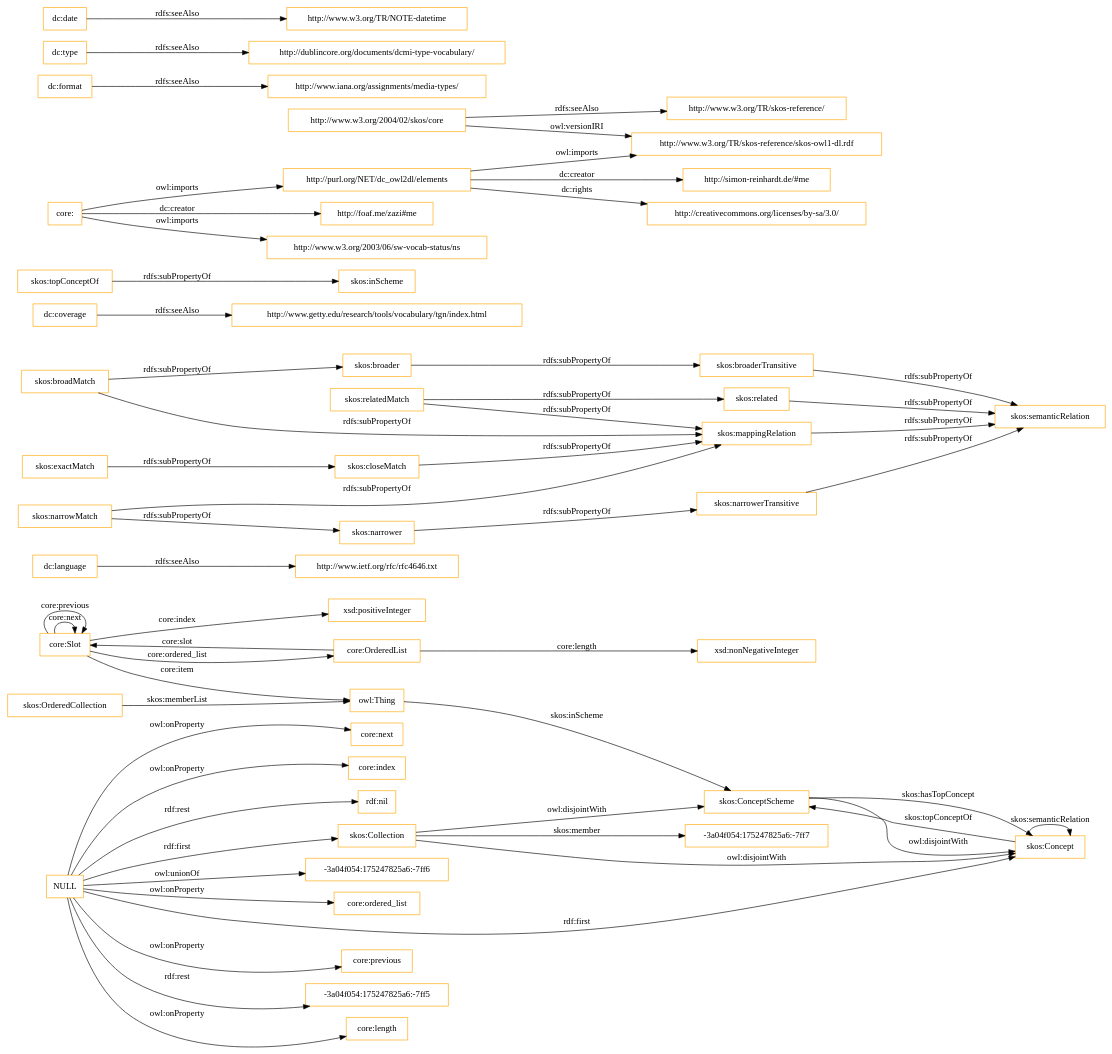
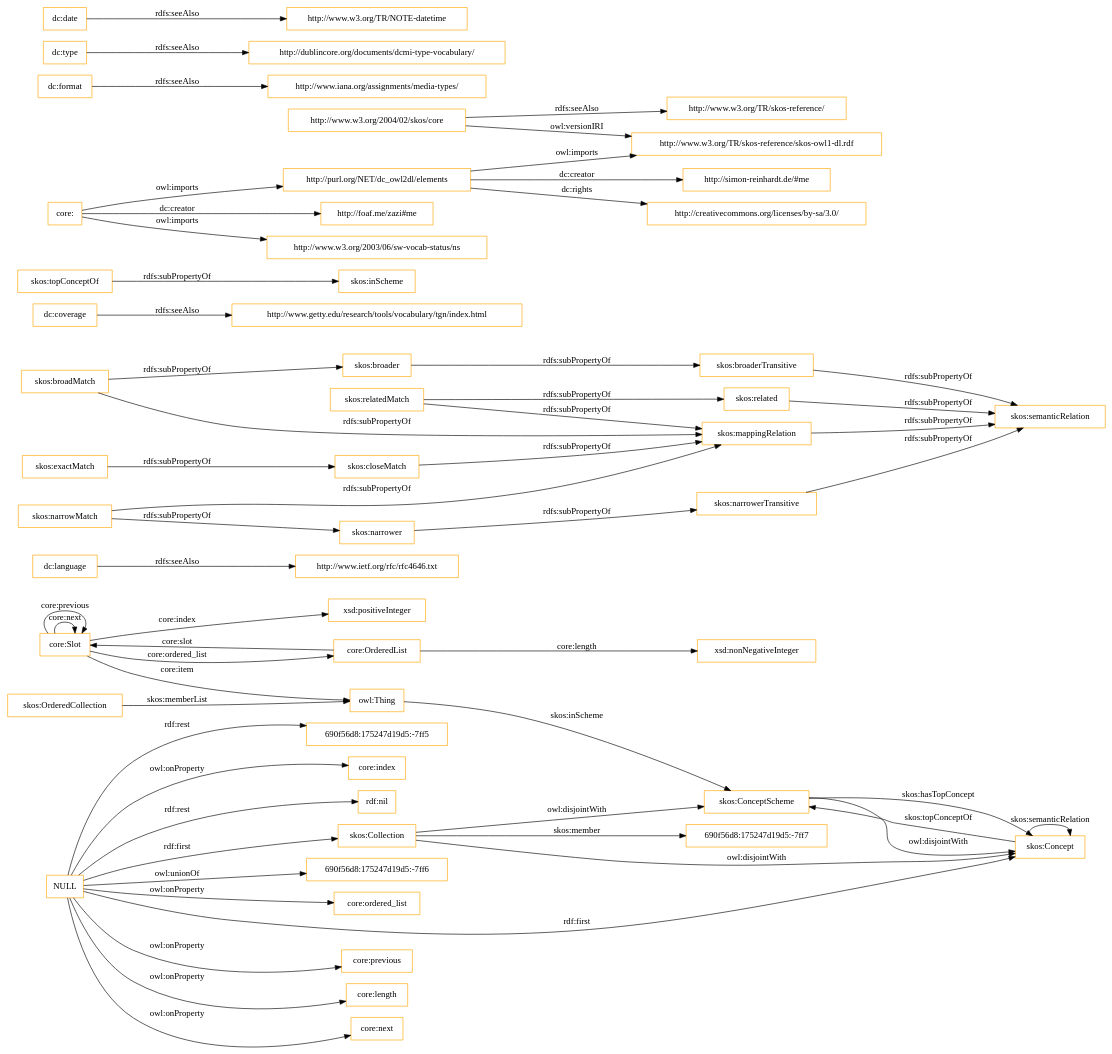
Before and after one commit to OnToologyUser/core-ontology-1: the diagram in OnToology/imports/core.owl/diagrams/ar2dtool-class/core.owl.png.dot, drawn with Graphviz. The commit also changed 14 other files, not shown here.

```diff
--- a/OnToology/imports/core.owl/diagrams/ar2dtool-class/core.owl.png.dot
+++ b/OnToology/imports/core.owl/diagrams/ar2dtool-class/core.owl.png.dot
@@ -1,60 +1,60 @@
 digraph ar2dtool_diagram { 
 rankdir=LR;
 size="1501"
-node [shape = rectangle, color="orange"]; "core:Slot" "core:OrderedList" "-3a04f054:175247825a6:-7ff7" "skos:OrderedCollection" "skos:Collection" "skos:ConceptScheme" "skos:Concept" ; /*classes style*/
+node [shape = rectangle, color="orange"]; "core:Slot" "core:OrderedList" "690f56d8:175247d19d5:-7ff7" "skos:OrderedCollection" "skos:Collection" "skos:ConceptScheme" "skos:Concept" ; /*classes style*/
 	"dc:language" -> "http://www.ietf.org/rfc/rfc4646.txt" [ label = "rdfs:seeAlso" ];
 	"NULL" -> "core:previous" [ label = "owl:onProperty" ];
-	"NULL" -> "-3a04f054:175247825a6:-7ff5" [ label = "rdf:rest" ];
 	"NULL" -> "core:length" [ label = "owl:onProperty" ];
 	"NULL" -> "skos:Concept" [ label = "rdf:first" ];
 	"NULL" -> "core:next" [ label = "owl:onProperty" ];
+	"NULL" -> "690f56d8:175247d19d5:-7ff5" [ label = "rdf:rest" ];
 	"NULL" -> "core:index" [ label = "owl:onProperty" ];
 	"NULL" -> "rdf:nil" [ label = "rdf:rest" ];
-	"NULL" -> "-3a04f054:175247825a6:-7ff6" [ label = "owl:unionOf" ];
+	"NULL" -> "690f56d8:175247d19d5:-7ff6" [ label = "owl:unionOf" ];
 	"NULL" -> "core:ordered_list" [ label = "owl:onProperty" ];
 	"NULL" -> "skos:Collection" [ label = "rdf:first" ];
 	"skos:closeMatch" -> "skos:mappingRelation" [ label = "rdfs:subPropertyOf" ];
 	"dc:coverage" -> "http://www.getty.edu/research/tools/vocabulary/tgn/index.html" [ label = "rdfs:seeAlso" ];
 	"skos:relatedMatch" -> "skos:related" [ label = "rdfs:subPropertyOf" ];
 	"skos:relatedMatch" -> "skos:mappingRelation" [ label = "rdfs:subPropertyOf" ];
 	"skos:ConceptScheme" -> "skos:Concept" [ label = "owl:disjointWith" ];
 	"skos:related" -> "skos:semanticRelation" [ label = "rdfs:subPropertyOf" ];
 	"skos:topConceptOf" -> "skos:inScheme" [ label = "rdfs:subPropertyOf" ];
 	"skos:broadMatch" -> "skos:broader" [ label = "rdfs:subPropertyOf" ];
 	"skos:broadMatch" -> "skos:mappingRelation" [ label = "rdfs:subPropertyOf" ];
 	"http://purl.org/NET/dc_owl2dl/elements" -> "http://www.w3.org/TR/skos-reference/skos-owl1-dl.rdf" [ label = "owl:imports" ];
 	"http://purl.org/NET/dc_owl2dl/elements" -> "http://creativecommons.org/licenses/by-sa/3.0/" [ label = "dc:rights" ];
 	"http://purl.org/NET/dc_owl2dl/elements" -> "http://simon-reinhardt.de/#me" [ label = "dc:creator" ];
 	"skos:exactMatch" -> "skos:closeMatch" [ label = "rdfs:subPropertyOf" ];
 	"dc:format" -> "http://www.iana.org/assignments/media-types/" [ label = "rdfs:seeAlso" ];
 	"core:" -> "http://foaf.me/zazi#me" [ label = "dc:creator" ];
 	"core:" -> "http://www.w3.org/2003/06/sw-vocab-status/ns" [ label = "owl:imports" ];
 	"core:" -> "http://purl.org/NET/dc_owl2dl/elements" [ label = "owl:imports" ];
 	"skos:broaderTransitive" -> "skos:semanticRelation" [ label = "rdfs:subPropertyOf" ];
 	"skos:mappingRelation" -> "skos:semanticRelation" [ label = "rdfs:subPropertyOf" ];
 	"skos:broader" -> "skos:broaderTransitive" [ label = "rdfs:subPropertyOf" ];
 	"dc:type" -> "http://dublincore.org/documents/dcmi-type-vocabulary/" [ label = "rdfs:seeAlso" ];
 	"http://www.w3.org/2004/02/skos/core" -> "http://www.w3.org/TR/skos-reference/skos-owl1-dl.rdf" [ label = "owl:versionIRI" ];
 	"http://www.w3.org/2004/02/skos/core" -> "http://www.w3.org/TR/skos-reference/" [ label = "rdfs:seeAlso" ];
 	"skos:Collection" -> "skos:ConceptScheme" [ label = "owl:disjointWith" ];
 	"skos:Collection" -> "skos:Concept" [ label = "owl:disjointWith" ];
 	"skos:narrowMatch" -> "skos:narrower" [ label = "rdfs:subPropertyOf" ];
 	"skos:narrowMatch" -> "skos:mappingRelation" [ label = "rdfs:subPropertyOf" ];
 	"skos:narrower" -> "skos:narrowerTransitive" [ label = "rdfs:subPropertyOf" ];
 	"dc:date" -> "http://www.w3.org/TR/NOTE-datetime" [ label = "rdfs:seeAlso" ];
 	"skos:narrowerTransitive" -> "skos:semanticRelation" [ label = "rdfs:subPropertyOf" ];
 	"core:Slot" -> "xsd:positiveInteger" [ label = "core:index" ];
 	"skos:Concept" -> "skos:ConceptScheme" [ label = "skos:topConceptOf" ];
 	"core:Slot" -> "owl:Thing" [ label = "core:item" ];
 	"core:OrderedList" -> "xsd:nonNegativeInteger" [ label = "core:length" ];
 	"core:OrderedList" -> "core:Slot" [ label = "core:slot" ];
-	"skos:Collection" -> "-3a04f054:175247825a6:-7ff7" [ label = "skos:member" ];
+	"skos:Collection" -> "690f56d8:175247d19d5:-7ff7" [ label = "skos:member" ];
 	"core:Slot" -> "core:Slot" [ label = "core:next" ];
 	"skos:ConceptScheme" -> "skos:Concept" [ label = "skos:hasTopConcept" ];
 	"owl:Thing" -> "skos:ConceptScheme" [ label = "skos:inScheme" ];
 	"core:Slot" -> "core:Slot" [ label = "core:previous" ];
 	"skos:OrderedCollection" -> "owl:Thing" [ label = "skos:memberList" ];
 	"skos:Concept" -> "skos:Concept" [ label = "skos:semanticRelation" ];
 	"core:Slot" -> "core:OrderedList" [ label = "core:ordered_list" ];
 
 }
```
